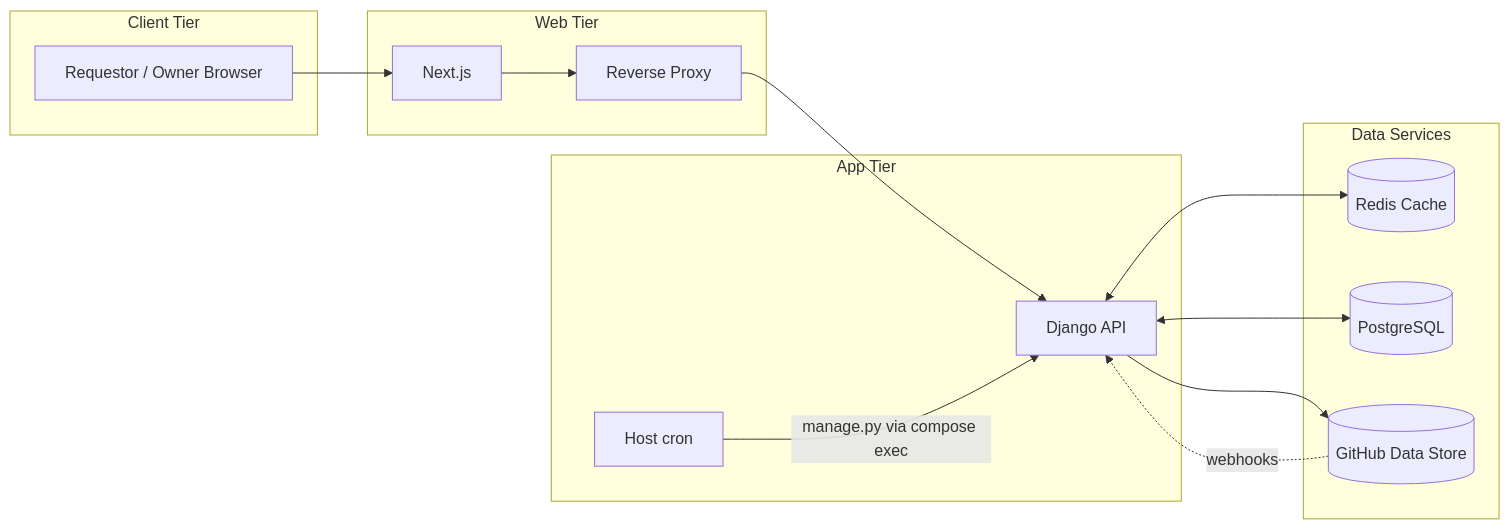
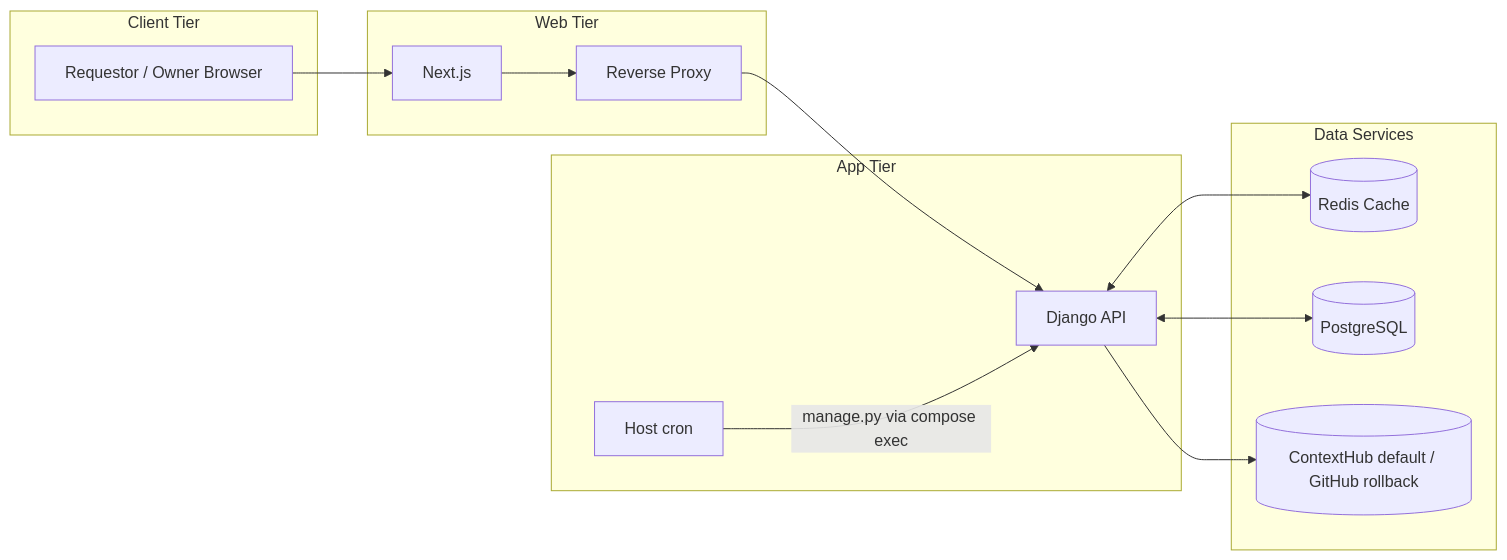
Before and after one commit to ClimateSmartAgCollab/DRT_Design_Document: the fifth of 5 diagrams in docs/cache-architecture.md, drawn with Mermaid. The commit also changed other lines of this file and 40 other files, not shown here.

````diff
--- a/docs/cache-architecture.md
+++ b/docs/cache-architecture.md
@@ -156,31 +158,30 @@
 ```mermaid
 graph LR
     subgraph Client Tier
         Browser[Requestor / Owner Browser]
     end
 
     subgraph Web Tier
         Frontend[Next.js]
         Nginx[Reverse Proxy]
     end
 
     subgraph App Tier
         DjangoAPI[Django API]
         HostCron[Host cron]
     end
 
     subgraph Data Services
         RedisCache[(Redis Cache)]
         PostgresDB[(PostgreSQL)]
-        GitHubRepo[(GitHub Data Store)]
+        Catalog[(ContextHub default / GitHub rollback)]
     end
 
     Browser --> Frontend
     Frontend --> Nginx
     Nginx --> DjangoAPI
     DjangoAPI <--> RedisCache
     DjangoAPI <--> PostgresDB
-    DjangoAPI --> GitHubRepo
+    DjangoAPI --> Catalog
     HostCron -->|manage.py via compose exec| DjangoAPI
-    GitHubRepo -. webhooks .-> DjangoAPI
 ```
````
